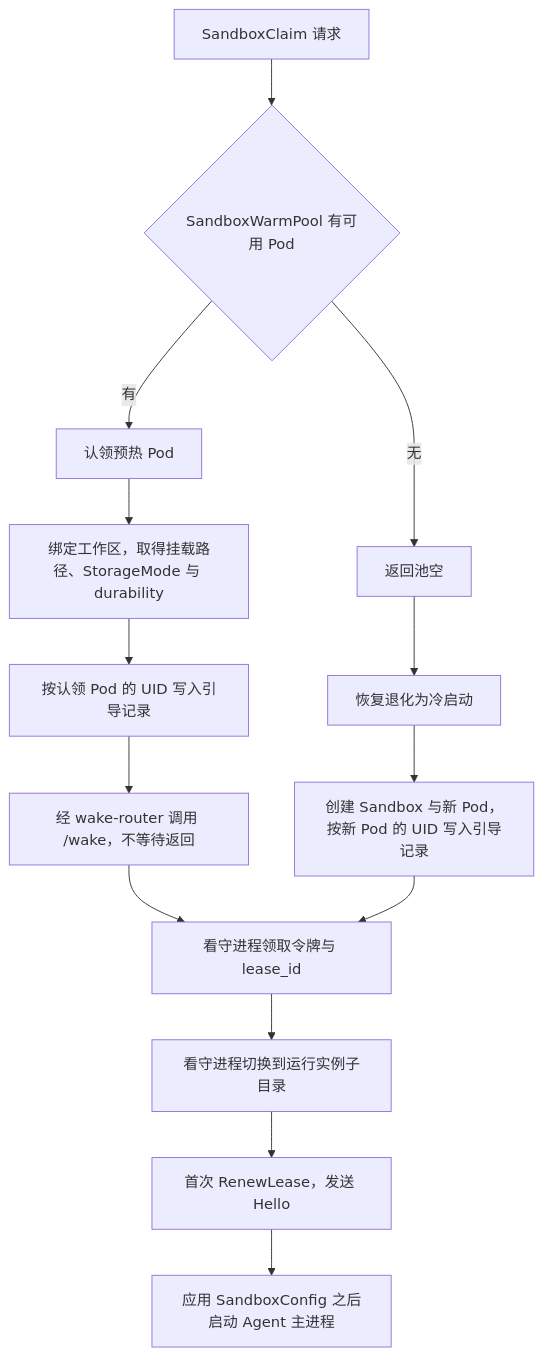
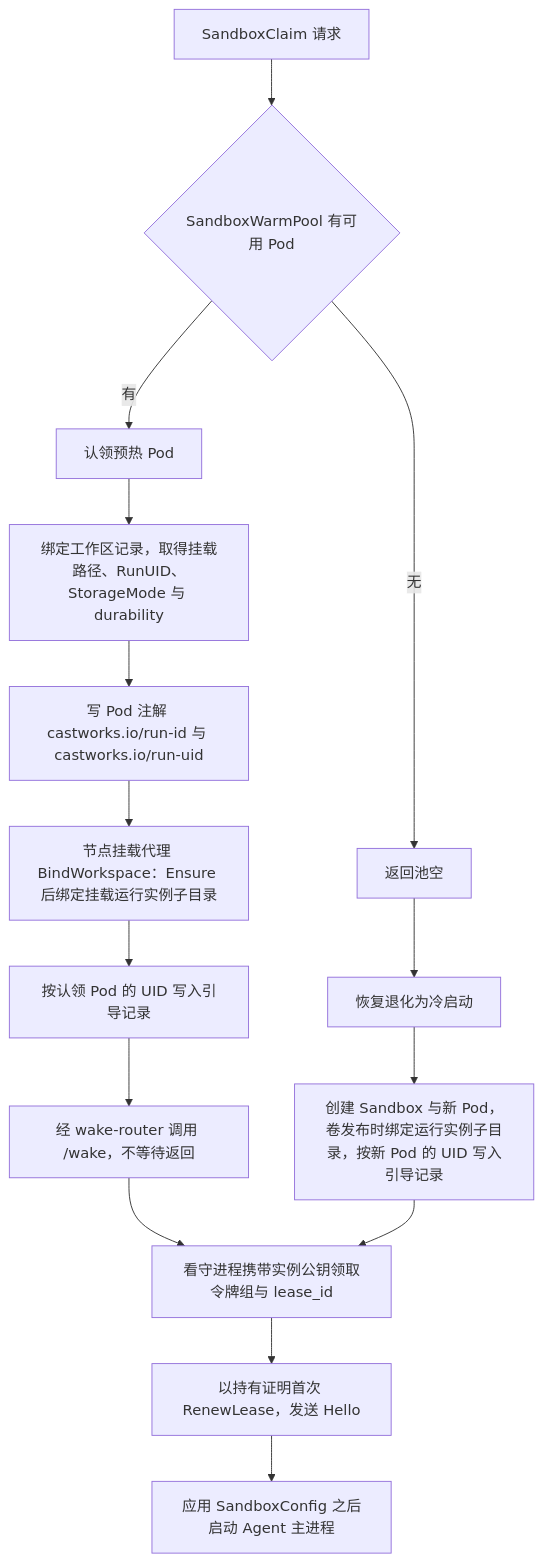
One commit to wangzw/castworks changed the fourth of 4 diagrams in docs/design/modules/sandboxprovider/design-sandboxprovider-k8s.md. Above: the diagram before and after it, drawn with Mermaid. The commit also changed other lines of this file and 29 other files, not shown here.

````diff
--- a/docs/design/modules/sandboxprovider/design-sandboxprovider-k8s.md
+++ b/docs/design/modules/sandboxprovider/design-sandboxprovider-k8s.md
@@ -247,16 +324,17 @@
 ```mermaid
 flowchart TD
     A["SandboxClaim 请求"] --> B{"SandboxWarmPool 有可用 Pod"}
     B -->|"有"| C["认领预热 Pod"]
-    C --> D["绑定工作区，取得挂载路径、StorageMode 与 durability"]
-    D --> E["按认领 Pod 的 UID 写入引导记录"]
+    C --> D["绑定工作区记录，取得挂载路径、RunUID、StorageMode 与 durability"]
+    D --> D2["写 Pod 注解 castworks.io/run-id 与 castworks.io/run-uid"]
+    D2 --> D3["节点挂载代理 BindWorkspace：Ensure 后绑定挂载运行实例子目录"]
+    D3 --> E["按认领 Pod 的 UID 写入引导记录"]
     E --> F["经 wake-router 调用 /wake，不等待返回"]
-    F --> J["看守进程领取令牌与 lease_id"]
+    F --> J["看守进程携带实例公钥领取令牌组与 lease_id"]
     B -->|"无"| G["返回池空"]
     G --> H["恢复退化为冷启动"]
-    H --> I["创建 Sandbox 与新 Pod，按新 Pod 的 UID 写入引导记录"]
+    H --> I["创建 Sandbox 与新 Pod，卷发布时绑定运行实例子目录，按新 Pod 的 UID 写入引导记录"]
     I --> J
-    J --> K["看守进程切换到运行实例子目录"]
-    K --> L["首次 RenewLease，发送 Hello"]
+    J --> L["以持有证明首次 RenewLease，发送 Hello"]
     L --> M["应用 SandboxConfig 之后启动 Agent 主进程"]
 ```
````
